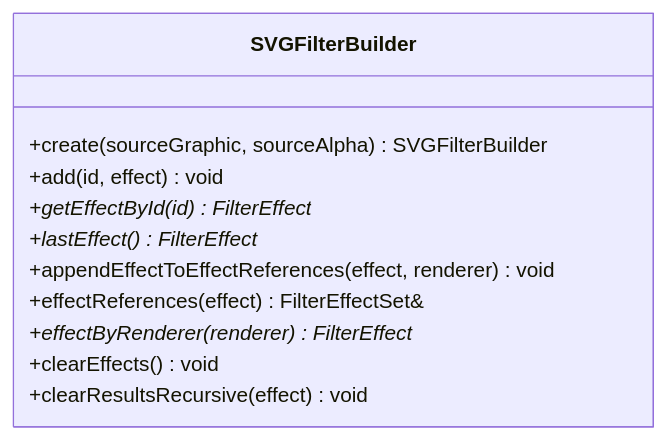
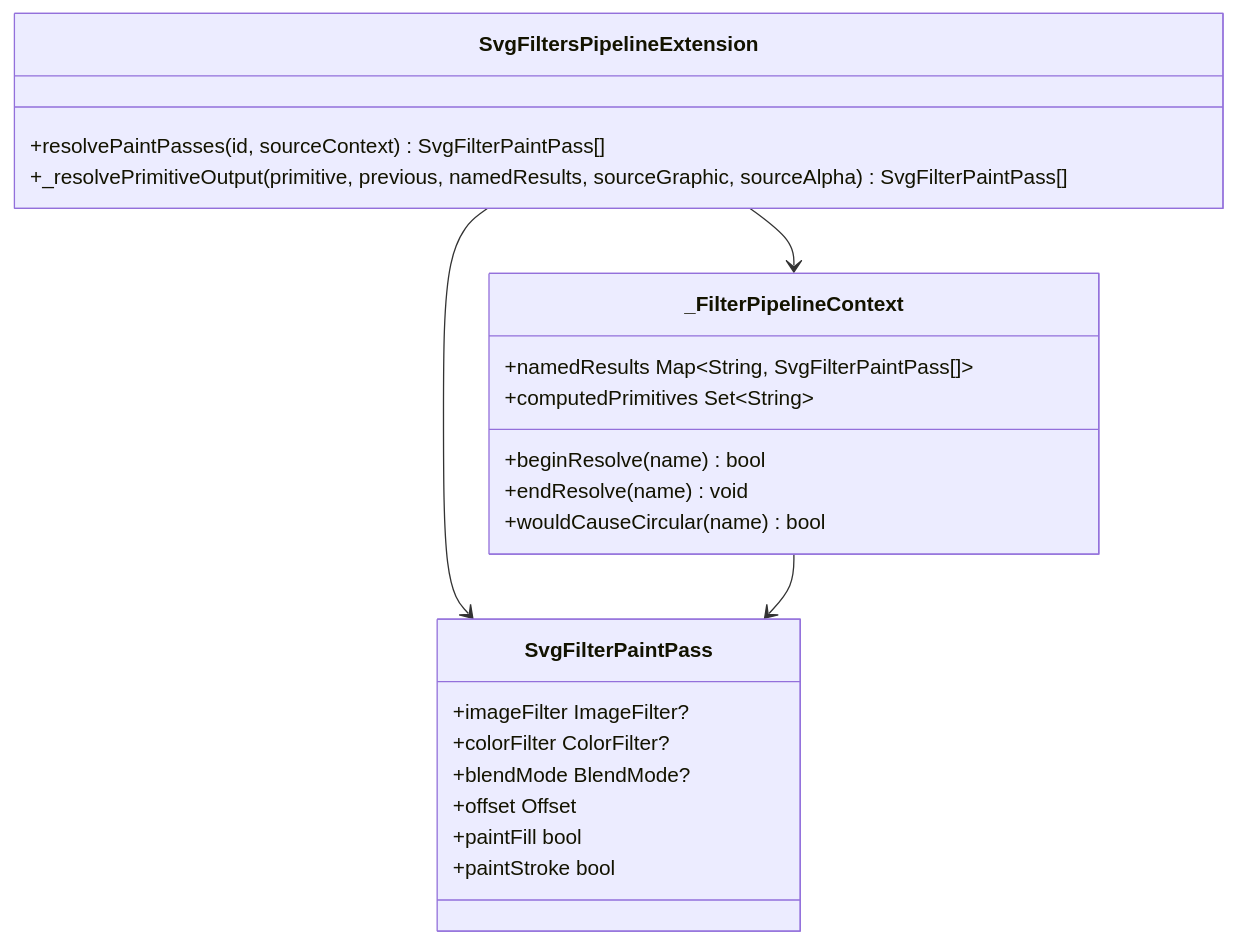
The third of 4 diagrams in .qoder/repowiki/en/content/Animated SVG Support/Advanced Animation Features/SVG Filters and Effects/SVG Filters and Effects.md (denisnadey/flutter_full_svg_support), drawn with Mermaid before and after one commit. The commit also changed other lines of this file and 31 other files, not shown here.

````diff
--- a/.qoder/repowiki/en/content/Animated SVG Support/Advanced Animation Features/SVG Filters and Effects/SVG Filters and Effects.md
+++ b/.qoder/repowiki/en/content/Animated SVG Support/Advanced Animation Features/SVG Filters and Effects/SVG Filters and Effects.md
@@ -184,14 +246,25 @@
 ```mermaid
 classDiagram
-class SVGFilterBuilder {
-+create(sourceGraphic, sourceAlpha) SVGFilterBuilder
-+add(id, effect) void
-+getEffectById(id) FilterEffect*
-+lastEffect() FilterEffect*
-+appendEffectToEffectReferences(effect, renderer) void
-+effectReferences(effect) FilterEffectSet&
-+effectByRenderer(renderer) FilterEffect*
-+clearEffects() void
-+clearResultsRecursive(effect) void
+class SvgFiltersPipelineExtension {
++resolvePaintPasses(id, sourceContext) SvgFilterPaintPass[]
++_resolvePrimitiveOutput(primitive, previous, namedResults, sourceGraphic, sourceAlpha) SvgFilterPaintPass[]
 }
+class _FilterPipelineContext {
++namedResults Map~String, SvgFilterPaintPass[]~
++computedPrimitives Set~String~
++beginResolve(name) bool
++endResolve(name) void
++wouldCauseCircular(name) bool
+}
+class SvgFilterPaintPass {
++imageFilter ImageFilter?
++colorFilter ColorFilter?
++blendMode BlendMode?
++offset Offset
++paintFill bool
++paintStroke bool
+}
+SvgFiltersPipelineExtension --> _FilterPipelineContext
+SvgFiltersPipelineExtension --> SvgFilterPaintPass
+_FilterPipelineContext --> SvgFilterPaintPass
 ```
````
